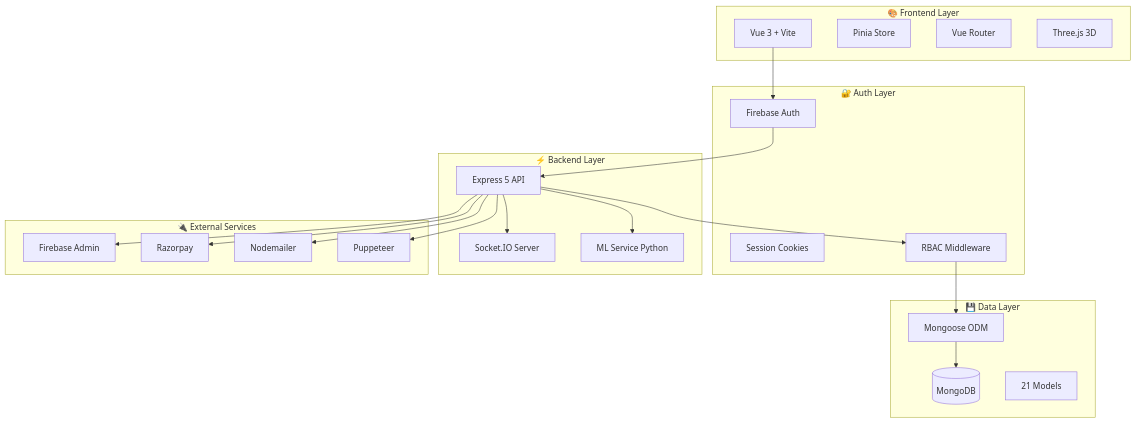
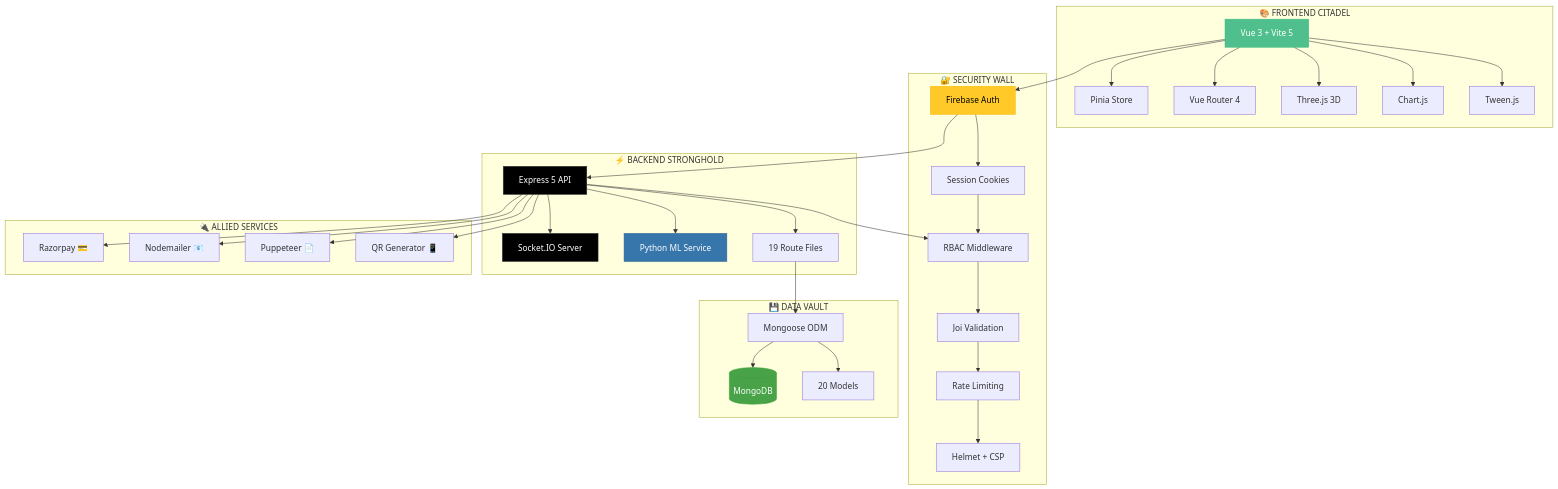
One commit to jamesvarghese7/Crickarena changed the third of 4 diagrams in README.md. Above: the diagram before and after it, drawn with Mermaid. The commit also changed other lines of this file, not shown here.

````diff
--- a/README.md
+++ b/README.md
@@ -388,46 +1003,52 @@
 ```mermaid
 graph TB
-    subgraph "🎨 Frontend Layer"
-        A[Vue 3 + Vite]
-        B[Pinia Store]
-        C[Vue Router]
-        D[Three.js 3D]
+    subgraph "🎨 FRONTEND CITADEL"
+        V[Vue 3 + Vite 5] --> P[Pinia Store]
+        V --> VR[Vue Router 4]
+        V --> TJ[Three.js 3D]
+        V --> CJ[Chart.js]
+        V --> TW[Tween.js]
     end
-    
-    subgraph "🔐 Auth Layer"
-        E[Firebase Auth]
-        F[Session Cookies]
-        G[RBAC Middleware]
+
+    subgraph "🔐 SECURITY WALL"
+        FA[Firebase Auth] --> SC[Session Cookies]
+        SC --> RBAC[RBAC Middleware]
+        RBAC --> VAL[Joi Validation]
+        VAL --> RL[Rate Limiting]
+        RL --> HEL[Helmet + CSP]
     end
-    
-    subgraph "⚡ Backend Layer"
-        H[Express 5 API]
-        I[Socket.IO Server]
-        J[ML Service Python]
+
+    subgraph "⚡ BACKEND STRONGHOLD"
+        EX[Express 5 API] --> SIO[Socket.IO Server]
+        EX --> ML[Python ML Service]
+        EX --> R19[19 Route Files]
     end
-    
-    subgraph "💾 Data Layer"
-        K[(MongoDB)]
-        L[Mongoose ODM]
-        M[21 Models]
+
+    subgraph "💾 DATA VAULT"
+        MG[Mongoose ODM] --> MDB[(MongoDB)]
+        MG --> M20[20 Models]
     end
-    
-    subgraph "🔌 External Services"
-        N[Firebase Admin]
-        O[Razorpay]
-        P[Nodemailer]
-        Q[Puppeteer]
+
+    subgraph "🔌 ALLIED SERVICES"
+        RP[Razorpay 💳]
+        NM[Nodemailer 📧]
+        PP[Puppeteer 📄]
+        QR[QR Generator 📱]
     end
-    
-    A --> E
-    E --> H
-    H --> G
-    G --> L
-    L --> K
-    H --> I
-    H --> J
-    H --> N
-    H --> O
-    H --> P
-    H --> Q
+
+    V --> FA
+    FA --> EX
+    EX --> RBAC
+    R19 --> MG
+    EX --> RP
+    EX --> NM
+    EX --> PP
+    EX --> QR
+
+    style V fill:#4FC08D,stroke:#42b883,color:#fff
+    style EX fill:#000000,stroke:#333,color:#fff
+    style MDB fill:#47A248,stroke:#3FA037,color:#fff
+    style FA fill:#FFCA28,stroke:#F5B800,color:#000
+    style SIO fill:#010101,stroke:#333,color:#fff
+    style ML fill:#3776AB,stroke:#2D6395,color:#fff
 ```
````
